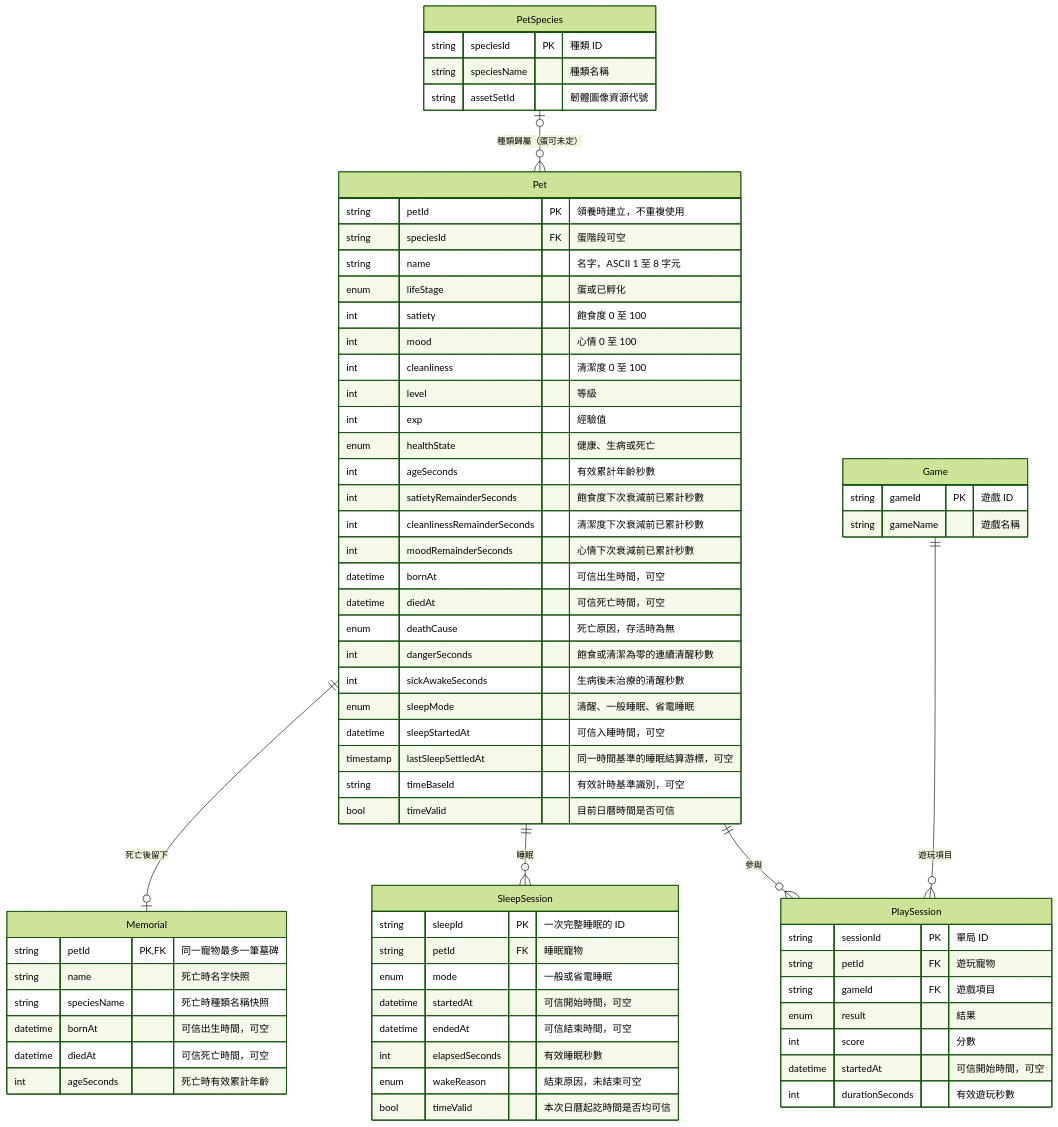
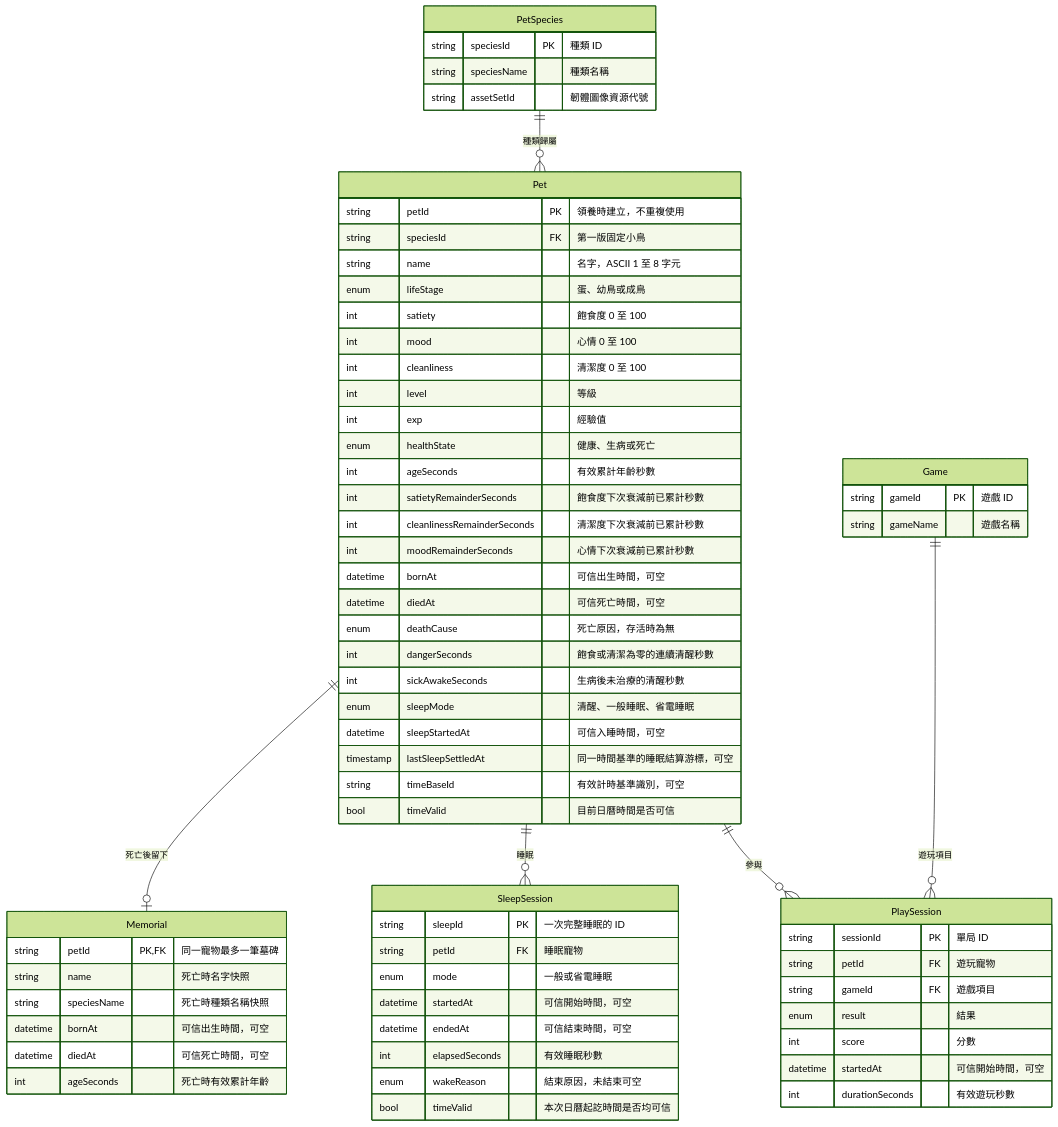
One commit to fuling0519/ESP32-Electronic-Pet changed the diagram in docs/database-erd.md. Above: the diagram before and after it, drawn with Mermaid (forest theme). The commit also changed other lines of this file and 16 other files, not shown here.

````diff
--- a/docs/database-erd.md
+++ b/docs/database-erd.md
@@ -11,71 +11,71 @@
 ```mermaid
 erDiagram
-    PetSpecies |o--o{ Pet : "種類歸屬（蛋可未定）"
+    PetSpecies ||--o{ Pet : "種類歸屬"
     Pet ||--o{ PlaySession : "參與"
     Game ||--o{ PlaySession : "遊玩項目"
     Pet ||--o{ SleepSession : "睡眠"
     Pet ||--o| Memorial : "死亡後留下"
 
     PetSpecies {
         string speciesId PK "種類 ID"
         string speciesName "種類名稱"
         string assetSetId "韌體圖像資源代號"
     }
     Pet {
         string petId PK "領養時建立，不重複使用"
-        string speciesId FK "蛋階段可空"
+        string speciesId FK "第一版固定小鳥"
         string name "名字，ASCII 1 至 8 字元"
-        enum lifeStage "蛋或已孵化"
+        enum lifeStage "蛋、幼鳥或成鳥"
         int satiety "飽食度 0 至 100"
         int mood "心情 0 至 100"
         int cleanliness "清潔度 0 至 100"
         int level "等級"
         int exp "經驗值"
         enum healthState "健康、生病或死亡"
         int ageSeconds "有效累計年齡秒數"
         int satietyRemainderSeconds "飽食度下次衰減前已累計秒數"
         int cleanlinessRemainderSeconds "清潔度下次衰減前已累計秒數"
         int moodRemainderSeconds "心情下次衰減前已累計秒數"
         datetime bornAt "可信出生時間，可空"
         datetime diedAt "可信死亡時間，可空"
         enum deathCause "死亡原因，存活時為無"
         int dangerSeconds "飽食或清潔為零的連續清醒秒數"
         int sickAwakeSeconds "生病後未治療的清醒秒數"
         enum sleepMode "清醒、一般睡眠、省電睡眠"
         datetime sleepStartedAt "可信入睡時間，可空"
         timestamp lastSleepSettledAt "同一時間基準的睡眠結算游標，可空"
         string timeBaseId "有效計時基準識別，可空"
         bool timeValid "目前日曆時間是否可信"
     }
     Game {
         string gameId PK "遊戲 ID"
         string gameName "遊戲名稱"
     }
     PlaySession {
         string sessionId PK "單局 ID"
         string petId FK "遊玩寵物"
         string gameId FK "遊戲項目"
         enum result "結果"
         int score "分數"
         datetime startedAt "可信開始時間，可空"
         int durationSeconds "有效遊玩秒數"
     }
     SleepSession {
         string sleepId PK "一次完整睡眠的 ID"
         string petId FK "睡眠寵物"
         enum mode "一般或省電睡眠"
         datetime startedAt "可信開始時間，可空"
         datetime endedAt "可信結束時間，可空"
         int elapsedSeconds "有效睡眠秒數"
         enum wakeReason "結束原因，未結束可空"
         bool timeValid "本次日曆起訖時間是否均可信"
     }
     Memorial {
         string petId PK, FK "同一寵物最多一筆墓碑"
         string name "死亡時名字快照"
         string speciesName "死亡時種類名稱快照"
         datetime bornAt "可信出生時間，可空"
         datetime diedAt "可信死亡時間，可空"
         int ageSeconds "死亡時有效累計年齡"
     }
 ```
````
